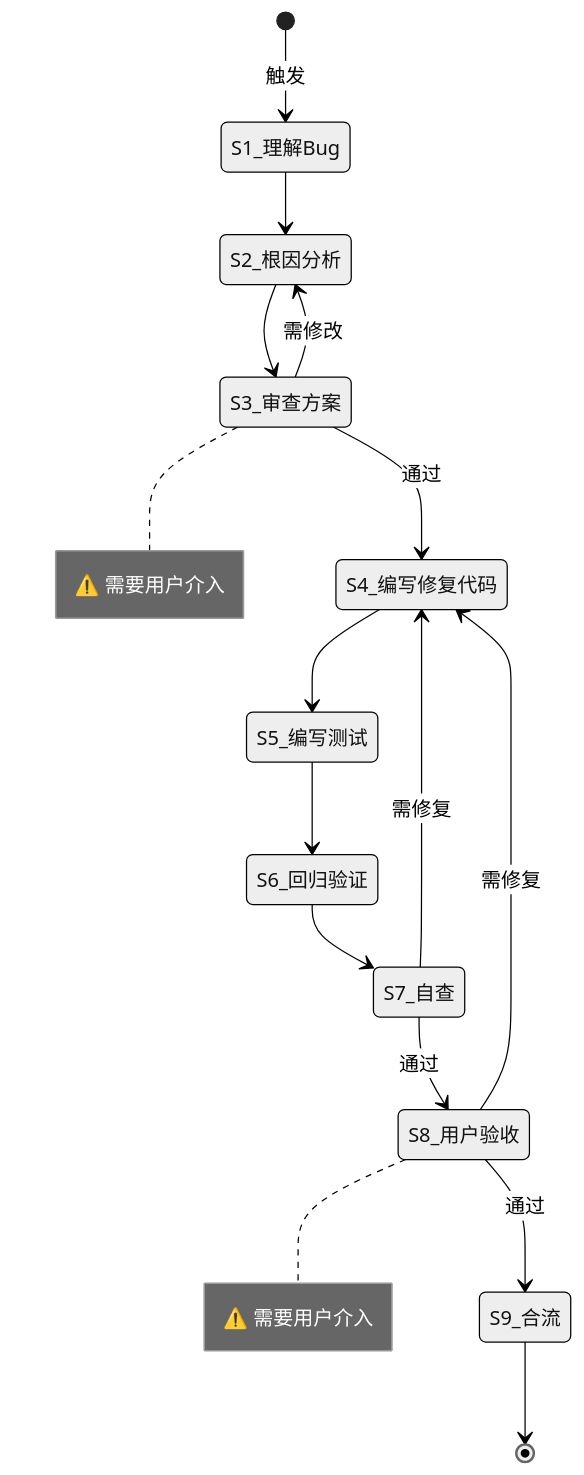
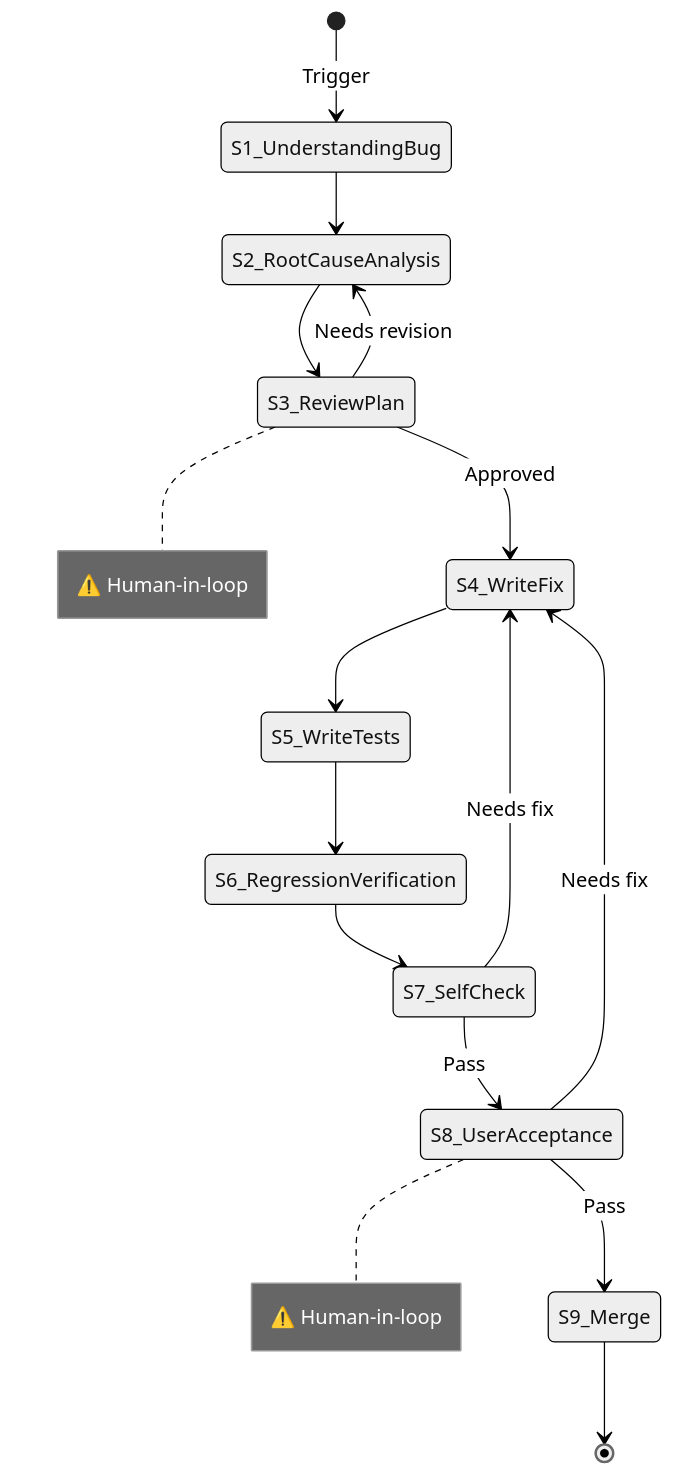
One commit to hank-cp/opencode-vibe-pm changed the diagram in docs/template/bug-fix/flow.md. Above: the diagram before and after it, drawn with Mermaid (neutral theme). The commit also changed other lines of this file and 17 other files, not shown here.

````diff
--- a/docs/template/bug-fix/flow.md
+++ b/docs/template/bug-fix/flow.md
@@ -37,19 +37,19 @@
 ```mermaid
 stateDiagram-v2
-    [*] --> S1_理解Bug: 触发
-    S1_理解Bug --> S2_根因分析
-    S2_根因分析 --> S3_审查方案
-    S3_审查方案 --> S2_根因分析: 需修改
-    S3_审查方案 --> S4_编写修复代码: 通过
-    S4_编写修复代码 --> S5_编写测试
-    S5_编写测试 --> S6_回归验证
-    S6_回归验证 --> S7_自查
-    S7_自查 --> S8_用户验收: 通过
-    S7_自查 --> S4_编写修复代码: 需修复
-    S8_用户验收 --> S9_合流: 通过
-    S8_用户验收 --> S4_编写修复代码: 需修复
-    S9_合流 --> [*]
+    [*] --> S1_UnderstandingBug: Trigger
+    S1_UnderstandingBug --> S2_RootCauseAnalysis
+    S2_RootCauseAnalysis --> S3_ReviewPlan
+    S3_ReviewPlan --> S2_RootCauseAnalysis: Needs revision
+    S3_ReviewPlan --> S4_WriteFix: Approved
+    S4_WriteFix --> S5_WriteTests
+    S5_WriteTests --> S6_RegressionVerification
+    S6_RegressionVerification --> S7_SelfCheck
+    S7_SelfCheck --> S8_UserAcceptance: Pass
+    S7_SelfCheck --> S4_WriteFix: Needs fix
+    S8_UserAcceptance --> S9_Merge: Pass
+    S8_UserAcceptance --> S4_WriteFix: Needs fix
+    S9_Merge --> [*]
 
-    note right of S3_审查方案: ⚠️ 需要用户介入
-    note right of S8_用户验收: ⚠️ 需要用户介入
+    note right of S3_ReviewPlan: ⚠️ Human-in-loop
+    note right of S8_UserAcceptance: ⚠️ Human-in-loop
 ```
````
